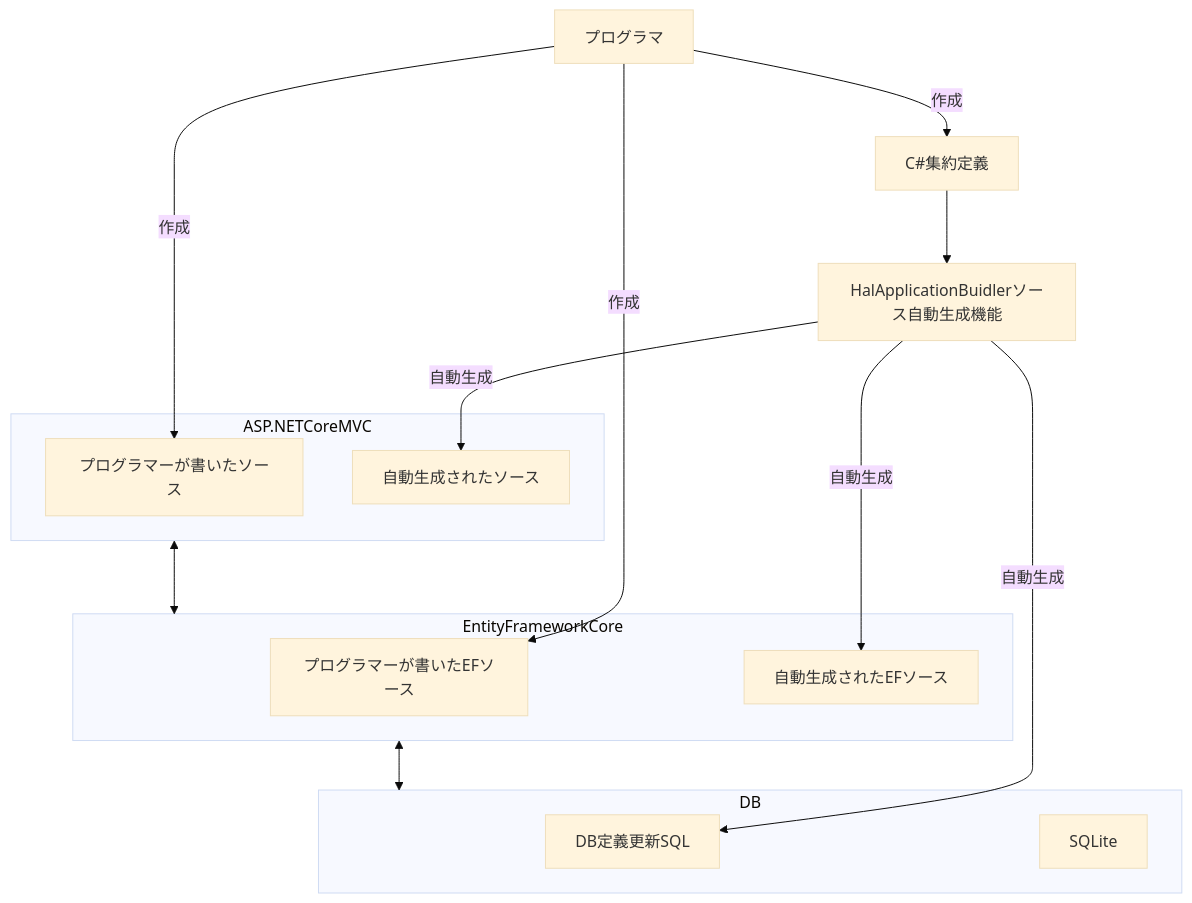
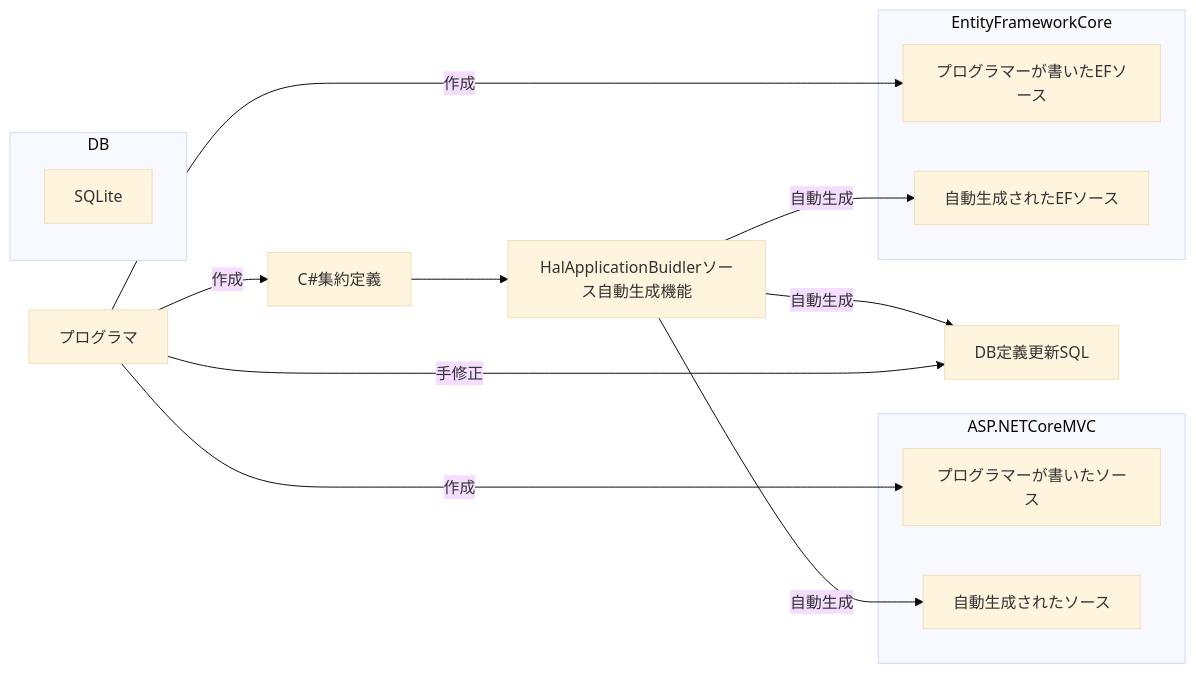
Before and after one commit to halllky/NijoApplicationBuilder: the diagram in README.md, drawn with Mermaid (base theme).

````diff
--- a/README.md
+++ b/README.md
@@ -12,28 +12,26 @@
 ```mermaid
-graph TD;
+graph LR;
 プログラマ -- 作成 --> C#集約定義
 プログラマ -- 作成 --> プログラマーが書いたソース
 プログラマ -- 作成 --> プログラマーが書いたEFソース
 C#集約定義 --> HalApplicationBuidlerソース自動生成機能
 HalApplicationBuidlerソース自動生成機能 -- 自動生成 --> 自動生成されたEFソース
 HalApplicationBuidlerソース自動生成機能 -- 自動生成 --> 自動生成されたソース
 HalApplicationBuidlerソース自動生成機能 -- 自動生成 --> DB定義更新SQL
+プログラマ　-- 手修正 --> DB定義更新SQL
 
 subgraph ASP.NETCoreMVC
   プログラマーが書いたソース
   自動生成されたソース
 end
 
 subgraph EntityFrameworkCore
   プログラマーが書いたEFソース
   自動生成されたEFソース
 end
 
-ASP.NETCoreMVC <--> EntityFrameworkCore
-EntityFrameworkCore <--> DB
-
 subgraph DB
   SQLite
-  DB定義更新SQL
 end
+
 ```
````
